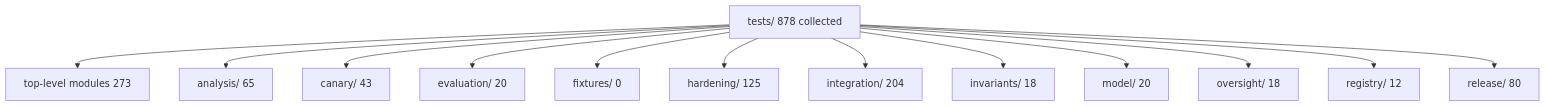
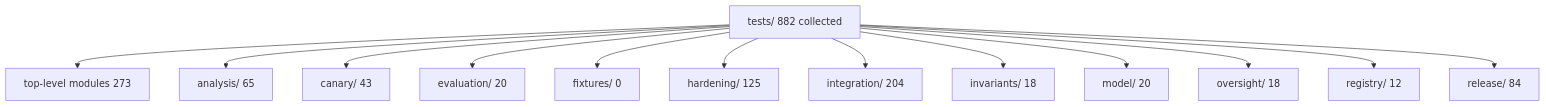
The diagram in tests/README.md (docxology/red_line), drawn with Mermaid before and after one commit. The commit also changed other lines of this file and 22 other files, not shown here.

````diff
--- a/tests/README.md
+++ b/tests/README.md
@@ -7,28 +7,28 @@
 ```mermaid
 flowchart TD
-  root["tests/ 878 collected"]
+  root["tests/ 882 collected"]
   top["top-level modules 273"]
   analysis["analysis/ 65"]
   canary["canary/ 43"]
   evaluation["evaluation/ 20"]
   fixtures["fixtures/ 0"]
   hardening["hardening/ 125"]
   integration["integration/ 204"]
   invariants["invariants/ 18"]
   model["model/ 20"]
   oversight["oversight/ 18"]
   registry["registry/ 12"]
-  release["release/ 80"]
+  release["release/ 84"]
   root --> top
   root --> analysis
   root --> canary
   root --> evaluation
   root --> fixtures
   root --> hardening
   root --> integration
   root --> invariants
   root --> model
   root --> oversight
   root --> registry
   root --> release
 ```
````
